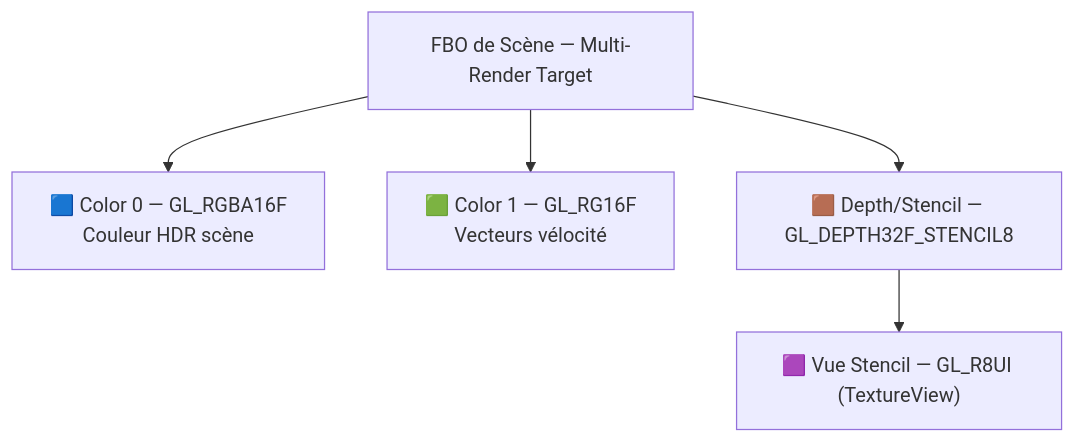
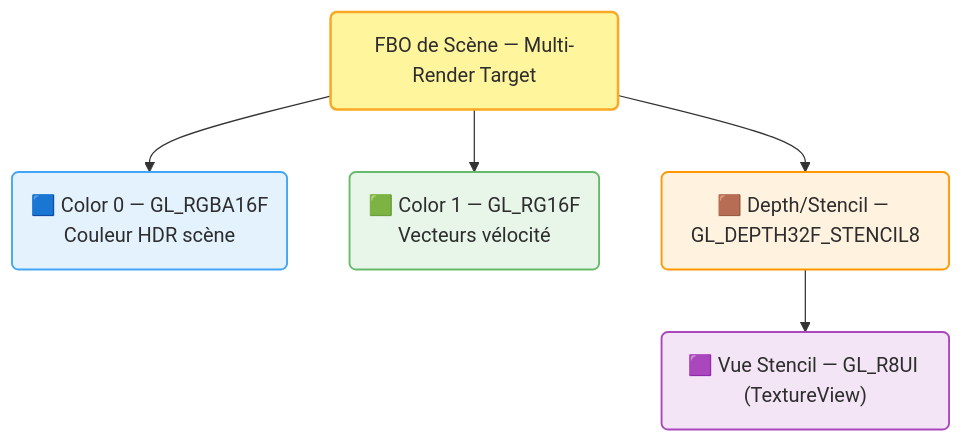
One commit to yoyonel/blog_source changed the eighth of 17 diagrams in content/suckless-ogl-anatomie-frame.md. Above: the diagram before and after it, drawn with Mermaid. The commit also changed other lines of this file and 4 other files, not shown here.

First line of the commit message:
refactor(mermaid): hand-drawn style + forced light mode for all browsers

```diff
--- a/content/suckless-ogl-anatomie-frame.md
+++ b/content/suckless-ogl-anatomie-frame.md
@@ -458,12 +495,24 @@
 <pre class="mermaid">
 graph TD
-    FBO["FBO de Scène — Multi-Render Target"] --> C0
+    FBO("FBO de Scène — Multi-Render Target") --> C0
     FBO --> C1
     FBO --> DS
     DS --> SV
 
-    C0["🟦 Color 0 — GL_RGBA16F<br/>Couleur HDR scène"]
-    C1["🟩 Color 1 — GL_RG16F<br/>Vecteurs vélocité"]
-    DS["🟫 Depth/Stencil — GL_DEPTH32F_STENCIL8"]
-    SV["🟪 Vue Stencil — GL_R8UI (TextureView)"]
+    C0("🟦 Color 0 — GL_RGBA16F<br/>Couleur HDR scène")
+    C1("🟩 Color 1 — GL_RG16F<br/>Vecteurs vélocité")
+    DS("🟫 Depth/Stencil — GL_DEPTH32F_STENCIL8")
+    SV("🟪 Vue Stencil — GL_R8UI (TextureView)")
+
+    classDef keyFunc fill:#fff59d,stroke:#f9a825,stroke-width:2px,color:#2d2d2d
+    classDef color0 fill:#e3f2fd,stroke:#42a5f5,stroke-width:1.5px,color:#2d2d2d
+    classDef color1 fill:#e8f5e9,stroke:#66bb6a,stroke-width:1.5px,color:#2d2d2d
+    classDef depth fill:#fff3e0,stroke:#ff9800,stroke-width:1.5px,color:#2d2d2d
+    classDef stencil fill:#f3e5f5,stroke:#ab47bc,stroke-width:1.5px,color:#2d2d2d
+
+    class FBO keyFunc
+    class C0 color0
+    class C1 color1
+    class DS depth
+    class SV stencil
 </pre>
```
